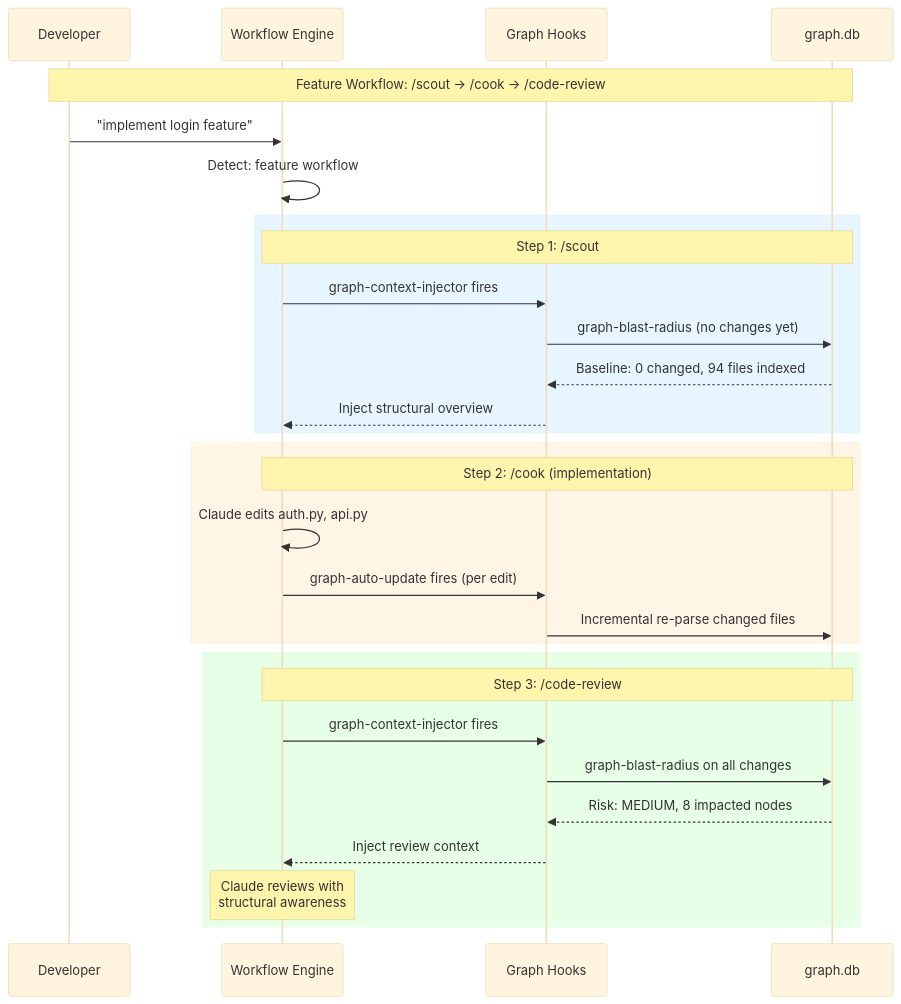
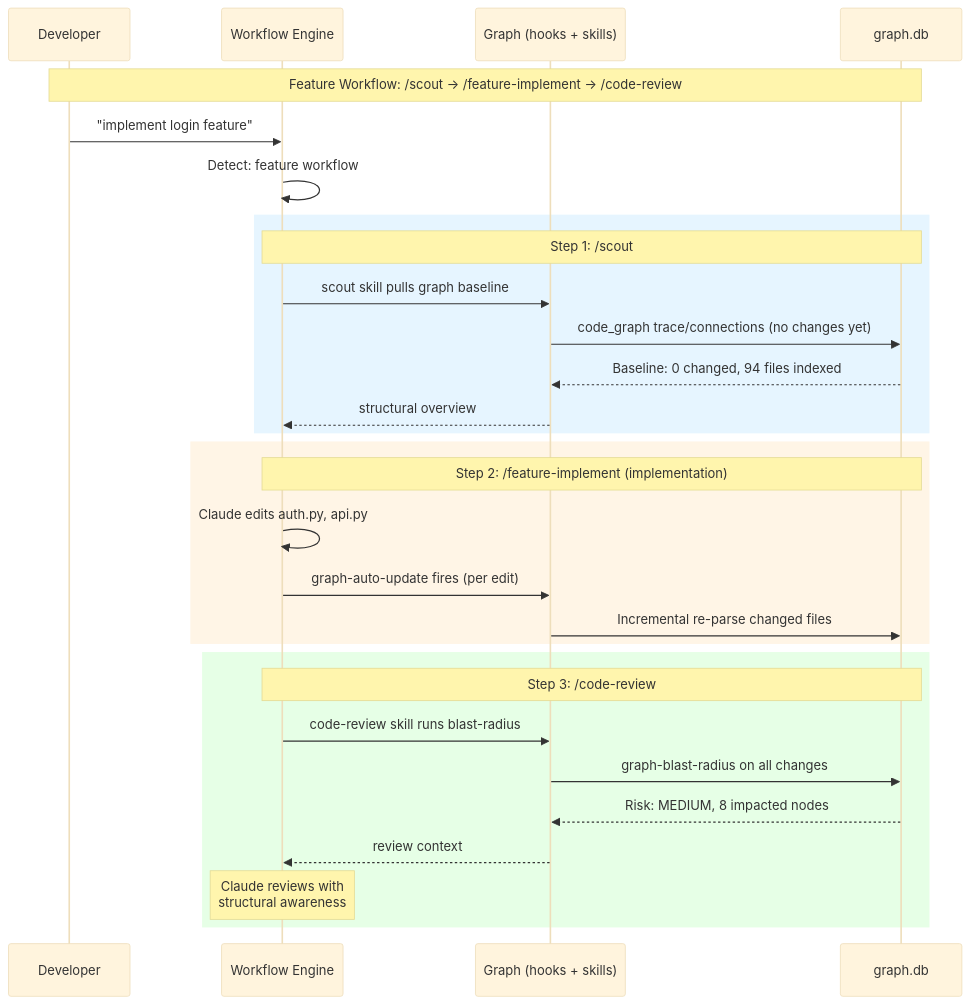
One commit to duc01226/EasyPlatform changed the sixth of 8 diagrams in .claude/docs/code-graph-mechanism.md. Above: the diagram before and after it, drawn with Mermaid (base theme). The commit also changed other lines of this file and 1280 other files, not shown here.

````diff
--- a/.claude/docs/code-graph-mechanism.md
+++ b/.claude/docs/code-graph-mechanism.md
@@ -544,36 +545,36 @@
 ```mermaid
 sequenceDiagram
     participant Dev as Developer
     participant WF as Workflow Engine
-    participant Hook as Graph Hooks
+    participant Hook as Graph (hooks + skills)
     participant Graph as graph.db
 
-    Note over Dev,Graph: Feature Workflow: /scout → /cook → /code-review
+    Note over Dev,Graph: Feature Workflow: /scout → /feature-implement → /code-review
 
     Dev->>WF: "implement login feature"
     WF->>WF: Detect: feature workflow
 
     rect rgb(230, 245, 255)
         Note over WF,Graph: Step 1: /scout
-        WF->>Hook: graph-context-injector fires
-        Hook->>Graph: graph-blast-radius (no changes yet)
+        WF->>Hook: scout skill pulls graph baseline
+        Hook->>Graph: code_graph trace/connections (no changes yet)
         Graph-->>Hook: Baseline: 0 changed, 94 files indexed
-        Hook-->>WF: Inject structural overview
+        Hook-->>WF: structural overview
     end
 
     rect rgb(255, 245, 230)
-        Note over WF,Graph: Step 2: /cook (implementation)
+        Note over WF,Graph: Step 2: /feature-implement (implementation)
         WF->>WF: Claude edits auth.py, api.py
         WF->>Hook: graph-auto-update fires (per edit)
         Hook->>Graph: Incremental re-parse changed files
     end
 
     rect rgb(230, 255, 230)
         Note over WF,Graph: Step 3: /code-review
-        WF->>Hook: graph-context-injector fires
+        WF->>Hook: code-review skill runs blast-radius
         Hook->>Graph: graph-blast-radius on all changes
         Graph-->>Hook: Risk: MEDIUM, 8 impacted nodes
-        Hook-->>WF: Inject review context
+        Hook-->>WF: review context
         Note over WF: Claude reviews with<br/>structural awareness
     end
 ```
````
